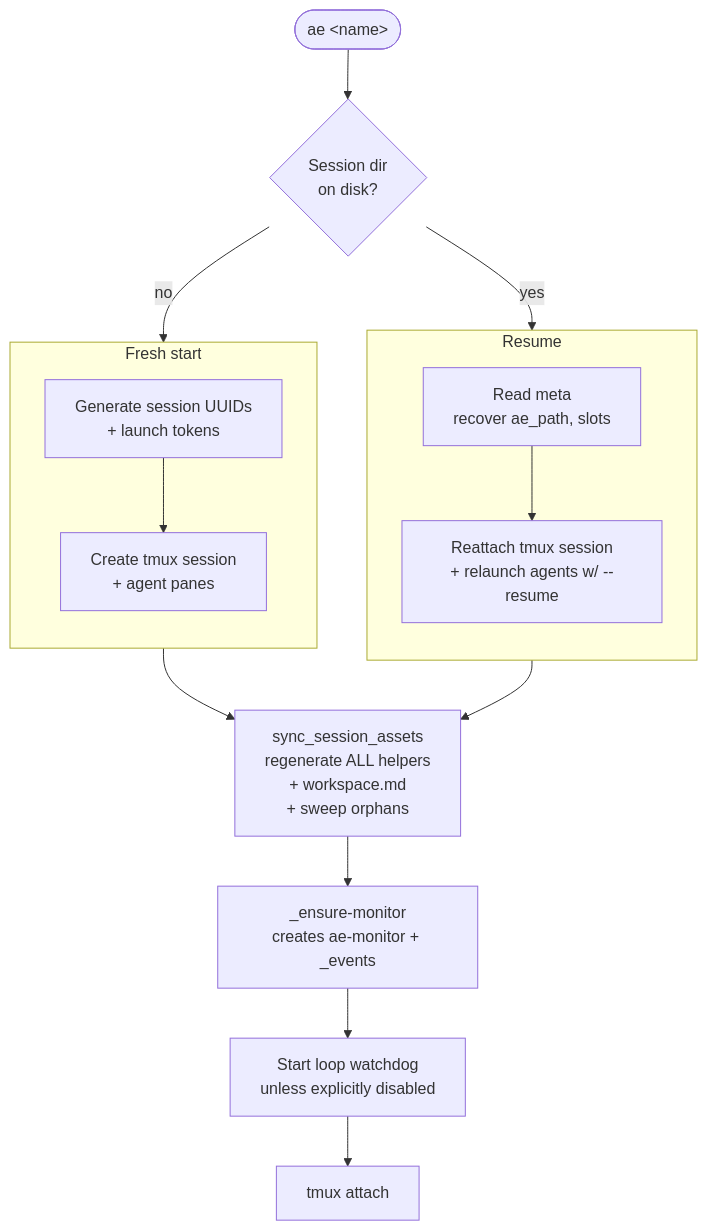
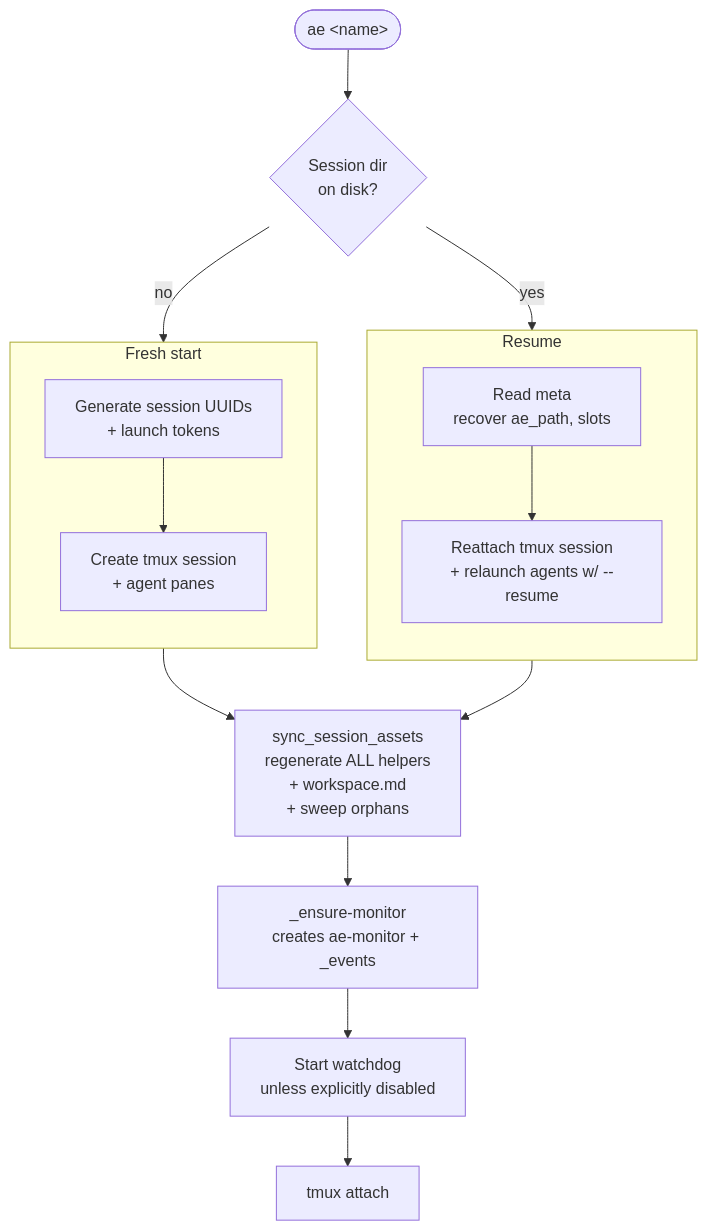
Before and after one commit to clemens33/ae: the second of 2 diagrams in docs/internals/architecture.md, drawn with Mermaid. The commit also changed other lines of this file and 20 other files, not shown here.

````diff
--- a/docs/internals/architecture.md
+++ b/docs/internals/architecture.md
@@ -28,26 +28,26 @@
 ```mermaid
 flowchart TB
     Cmd([ae &lt;name&gt;]) --> Check{Session dir<br/>on disk?}
     Check -- no --> Fresh
     Check -- yes --> Resume
 
     subgraph Fresh ["Fresh start"]
         direction TB
         F1[Generate session UUIDs<br/>+ launch tokens]
         F2[Create tmux session<br/>+ agent panes]
         F1 --> F2
     end
 
     subgraph Resume ["Resume"]
         direction TB
         R1[Read meta<br/>recover ae_path, slots]
         R2[Reattach tmux session<br/>+ relaunch agents w/ --resume]
         R1 --> R2
     end
 
     Fresh --> Sync[sync_session_assets<br/>regenerate ALL helpers<br/>+ workspace.md<br/>+ sweep orphans]
     Resume --> Sync
     Sync --> Mon[_ensure-monitor<br/>creates ae-monitor + _events]
-    Mon --> Loop[Start loop watchdog<br/>unless explicitly disabled]
-    Loop --> Attach[tmux attach]
+    Mon --> Watchdog[Start watchdog<br/>unless explicitly disabled]
+    Watchdog --> Attach[tmux attach]
 ```
````
